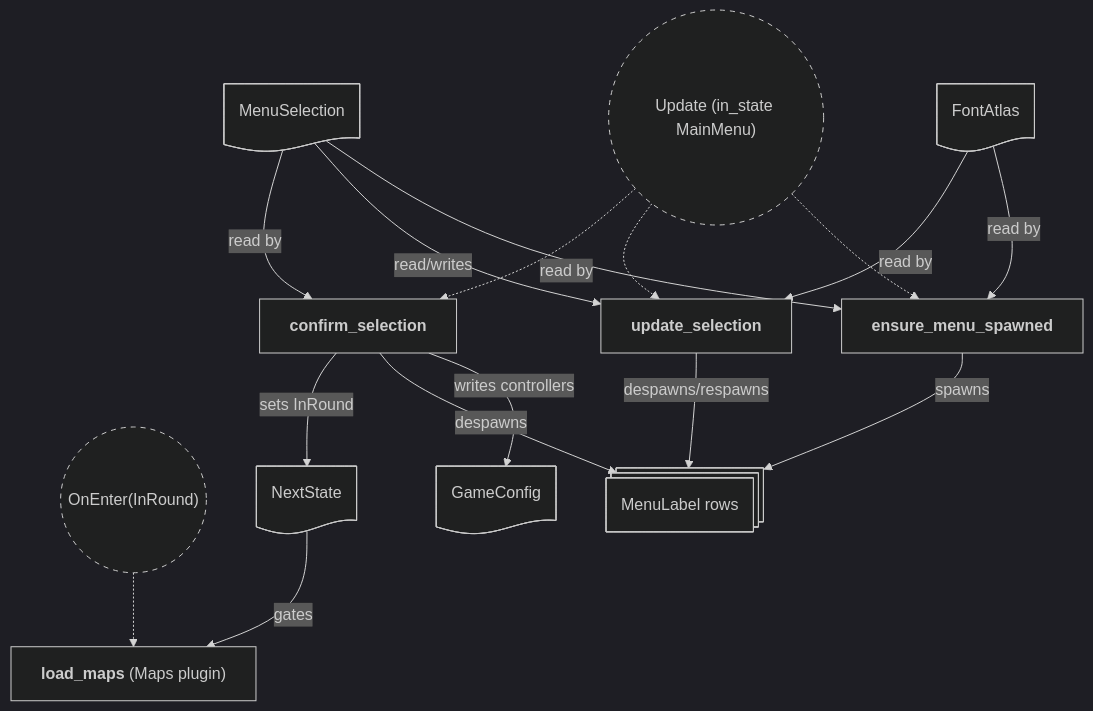
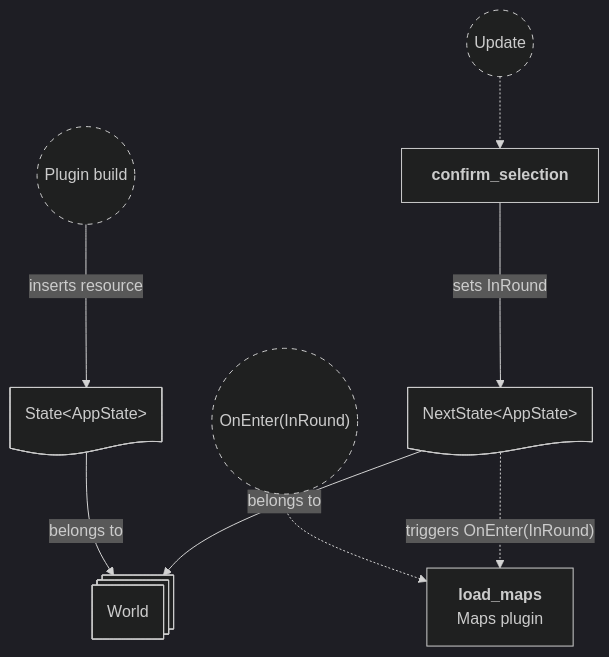
One commit to neurosoup/tyled changed the sixth of 6 diagrams in backlog/docs/doc-22 - 020-Menu-plugin.md. Above: the diagram before and after it, drawn with Mermaid. The commit also changed other lines of this file and 1 other file, not shown here.

Commit message:
Docs: update doc-22 menu plugin; rename spawn_rows to spawn_entries

````diff
--- a/backlog/docs/doc-22 - 020-Menu-plugin.md
+++ b/backlog/docs/doc-22 - 020-Menu-plugin.md
@@ -59,43 +232,30 @@
 ```mermaid
 ---
 config:
   theme: dark
 ---
 
 flowchart TD
 classDef system-group stroke-dasharray: 5 5
 
-update(("`Update (in_state MainMenu)`")):::system-group
-on_enter(("`OnEnter(InRound)`")):::system-group
+build(("`Plugin build`")):::system-group
+update(("`Update`")):::system-group
+enter_in_round(("`OnEnter(InRound)`")):::system-group
+confirm_selection["`**confirm_selection**`"]
+load_maps["`**load_maps**
+Maps plugin`"]
 
-ensure["`**ensure_menu_spawned**`"]
-select["`**update_selection**`"]
-confirm["`**confirm_selection**`"]
-load_maps["`**load_maps** (Maps plugin)`"]
+update -.-> confirm_selection
+enter_in_round -.-> load_maps
 
-update -.-> ensure
-update -.-> select
-update -.-> confirm
-on_enter -.-> load_maps
+world@{ shape: st-rect, label: "World" }
+state_res@{ shape: doc, label: "State#60;AppState#62;" }
+next_state_res@{ shape: doc, label: "NextState#60;AppState#62;" }
 
-font_res@{ shape: doc, label: "FontAtlas" }
-selection_res@{ shape: doc, label: "MenuSelection" }
-config_res@{ shape: doc, label: "GameConfig" }
-next_state@{ shape: doc, label: "NextState<AppState>" }
-labels@{ shape: st-rect, label: "MenuLabel rows" }
+state_res --> |belongs to| world
+next_state_res --> |belongs to| world
 
-font_res --> |read by| ensure
-selection_res --> |read by| ensure
-ensure --> |spawns| labels
-
-font_res --> |read by| select
-selection_res --> |read/writes| select
-select --> |despawns/respawns| labels
-
-selection_res --> |read by| confirm
-confirm --> |writes controllers| config_res
-confirm --> |despawns| labels
-confirm --> |sets InRound| next_state
-
-next_state --> |gates| load_maps
+build ---> |inserts resource| state_res
+confirm_selection ---> |sets InRound| next_state_res
+next_state_res -.-> |"triggers OnEnter(InRound)"| load_maps
 ```
````
